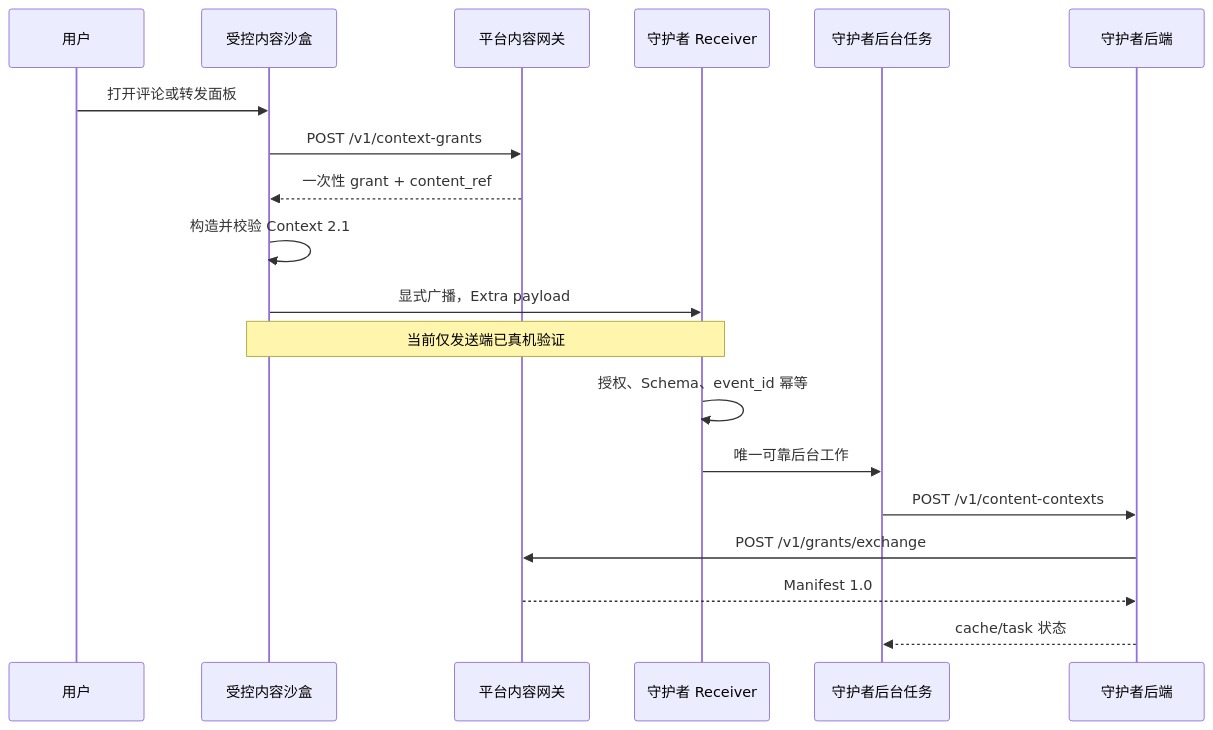
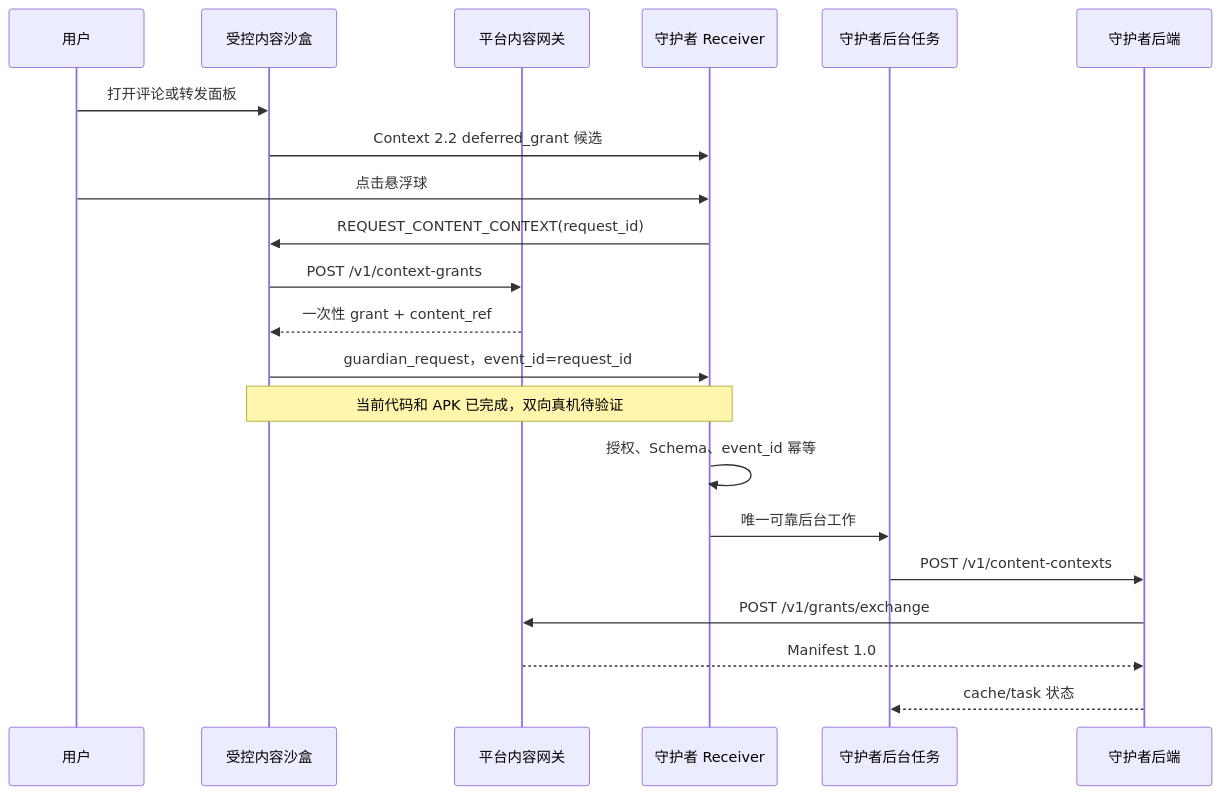
The first of 2 diagrams in doc/MiMoTrust受控内容沙盒当前协作基线.md (Calmer2024/MimoTrust), drawn with Mermaid before and after one commit. The commit also changed other lines of this file and 30 other files, not shown here.

Commit message:
Migrate content context contract to 2.2

````diff
--- a/doc/MiMoTrust受控内容沙盒当前协作基线.md
+++ b/doc/MiMoTrust受控内容沙盒当前协作基线.md
@@ -124,22 +126,24 @@
 ```mermaid
 sequenceDiagram
     participant U as 用户
     participant S as 受控内容沙盒
     participant G as 平台内容网关
     participant R as 守护者 Receiver
     participant W as 守护者后台任务
     participant B as 守护者后端
 
     U->>S: 打开评论或转发面板
+    S->>R: Context 2.2 deferred_grant 候选
+    U->>R: 点击悬浮球
+    R->>S: REQUEST_CONTENT_CONTEXT(request_id)
     S->>G: POST /v1/context-grants
     G-->>S: 一次性 grant + content_ref
-    S->>S: 构造并校验 Context 2.1
-    S->>R: 显式广播，Extra payload
-    Note over S,R: 当前仅发送端已真机验证
+    S->>R: guardian_request，event_id=request_id
+    Note over S,R: 当前代码和 APK 已完成，双向真机待验证
     R->>R: 授权、Schema、event_id 幂等
     R->>W: 唯一可靠后台工作
     W->>B: POST /v1/content-contexts
     B->>G: POST /v1/grants/exchange
     G-->>B: Manifest 1.0
     B-->>W: cache/task 状态
 ```
````
